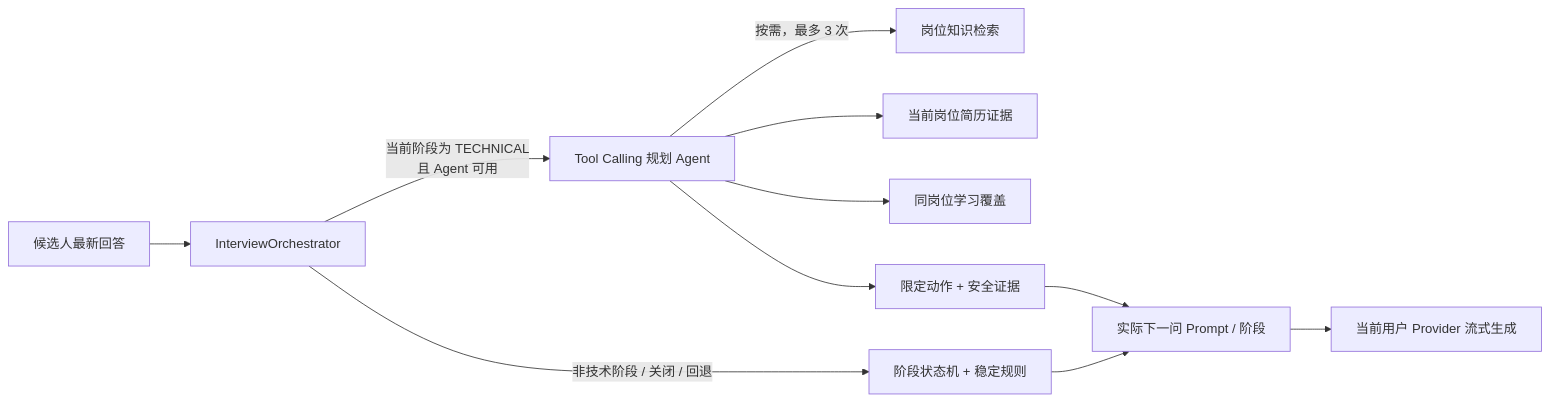
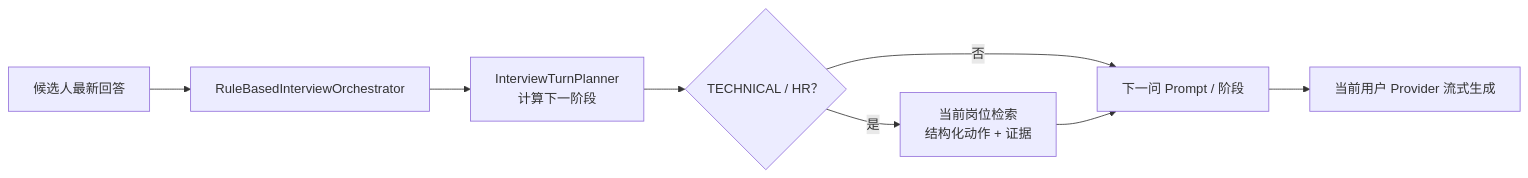
Before and after one commit to nzy0510/AI-Interview: the second of 3 diagrams in README.md, drawn with Mermaid. The commit also changed other lines of this file and 50 other files, not shown here.

````diff
--- a/README.md
+++ b/README.md
@@ -190,13 +188,10 @@
 ```mermaid
 flowchart LR
-    Answer["候选人最新回答"] --> Orchestrator["InterviewOrchestrator"]
-    Orchestrator -->|"当前阶段为 TECHNICAL<br/>且 Agent 可用"| Agent["Tool Calling 规划 Agent"]
-    Agent -->|"按需，最多 3 次"| Knowledge["岗位知识检索"]
-    Agent --> Resume["当前岗位简历证据"]
-    Agent --> Coverage["同岗位学习覆盖"]
-    Agent --> Plan["限定动作 + 安全证据"]
-    Orchestrator -->|"非技术阶段 / 关闭 / 回退"| Rule["阶段状态机 + 稳定规则"]
-    Plan --> Prompt["实际下一问 Prompt / 阶段"]
-    Rule --> Prompt
+    Answer["候选人最新回答"] --> Orchestrator["RuleBasedInterviewOrchestrator"]
+    Orchestrator --> Phase["InterviewTurnPlanner<br/>计算下一阶段"]
+    Phase --> Check{"TECHNICAL / HR？"}
+    Check -->|"是"| Knowledge["当前岗位检索<br/>结构化动作 + 证据"]
+    Check -->|"否"| Prompt["下一问 Prompt / 阶段"]
+    Knowledge --> Prompt
     Prompt --> SSE["当前用户 Provider 流式生成"]
 ```
````
